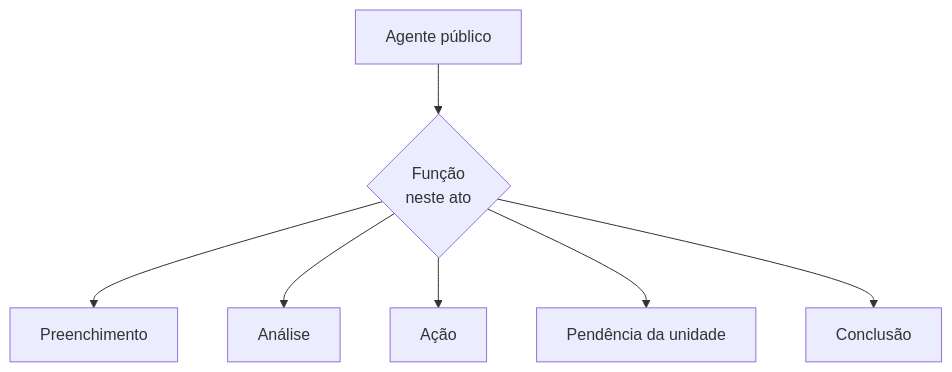
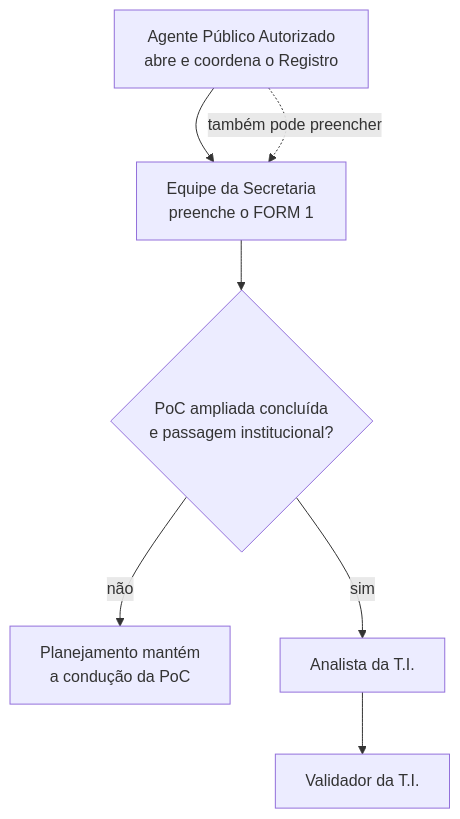
Diagram 17 of 35 in README.md (ailtonfv/governanca-lgpd-hortolandia), drawn with Mermaid before and after one commit. The commit also changed other lines of this file and 25 other files, not shown here.

Commit message:
m1a: separar abertura e preenchimento do registro

````diff
--- a/README.md
+++ b/README.md
@@ -806,9 +763,9 @@
 ```mermaid
 flowchart TD
-    A["Agente público"] --> F{"Função<br/>neste ato"}
-    F --> P["Preenchimento"]
-    F --> N["Análise"]
-    F --> M["Ação"]
-    F --> D["Pendência da unidade"]
-    F --> C["Conclusão"]
+    A["Agente Público Autorizado<br/>abre e coordena o Registro"] --> E["Equipe da Secretaria<br/>preenche o FORM 1"]
+    A -. "também pode preencher" .-> E
+    E --> G{"PoC ampliada concluída<br/>e passagem institucional?"}
+    G -- "não" --> P["Planejamento mantém<br/>a condução da PoC"]
+    G -- "sim" --> N["Analista da T.I."]
+    N --> V["Validador da T.I."]
 ```
````
